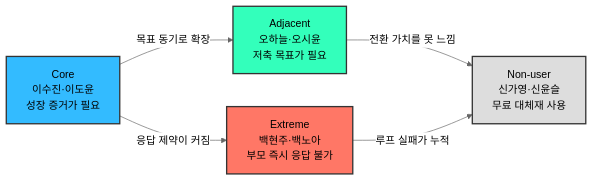
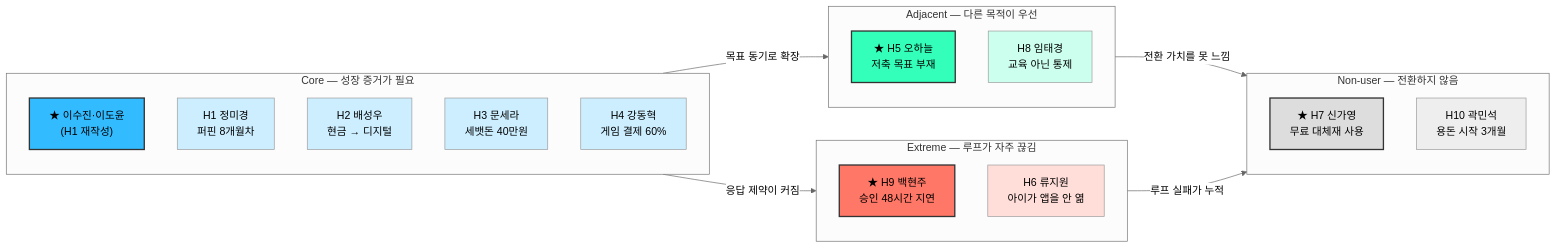
One commit to scene-one/team1_fin-friends changed the diagram in 공용공간/페르소나_스펙트럼_v1.md. Above: the diagram before and after it, drawn with Mermaid (neutral theme). The commit also changed other lines of this file, not shown here.

````diff
--- a/공용공간/페르소나_스펙트럼_v1.md
+++ b/공용공간/페르소나_스펙트럼_v1.md
@@ -182,17 +307,39 @@
 ```mermaid
 graph LR
-    A["Core<br/>이수진·이도윤<br/>성장 증거가 필요"]
-    B["Adjacent<br/>오하늘·오시윤<br/>저축 목표가 필요"]
-    C["Extreme<br/>백현주·백노아<br/>부모 즉시 응답 불가"]
-    D["Non-user<br/>신가영·신윤슬<br/>무료 대체재 사용"]
+    subgraph CORE["Core — 성장 증거가 필요"]
+        A["★ 이수진·이도윤<br/>(H1 재작성)"]
+        A1["H1 정미경<br/>퍼핀 8개월차"]
+        A2["H2 배성우<br/>현금 → 디지털"]
+        A3["H3 문세라<br/>세뱃돈 40만원"]
+        A4["H4 강동혁<br/>게임 결제 60%"]
+    end
+    subgraph ADJ["Adjacent — 다른 목적이 우선"]
+        B["★ H5 오하늘<br/>저축 목표 부재"]
+        B1["H8 임태경<br/>교육 아닌 통제"]
+    end
+    subgraph EXT["Extreme — 루프가 자주 끊김"]
+        C["★ H9 백현주<br/>승인 48시간 지연"]
+        C1["H6 류지원<br/>아이가 앱을 안 엶"]
+    end
+    subgraph NON["Non-user — 전환하지 않음"]
+        D["★ H7 신가영<br/>무료 대체재 사용"]
+        D1["H10 곽민석<br/>용돈 시작 3개월"]
+    end
 
-    A -->|"목표 동기로 확장"| B
-    A -->|"응답 제약이 커짐"| C
-    B -->|"전환 가치를 못 느낌"| D
-    C -->|"루프 실패가 누적"| D
+    CORE -->|"목표 동기로 확장"| ADJ
+    CORE -->|"응답 제약이 커짐"| EXT
+    ADJ -->|"전환 가치를 못 느낌"| NON
+    EXT -->|"루프 실패가 누적"| NON
 
     style A fill:#33BBFF,stroke:#333,stroke-width:2px
     style B fill:#33FFBB,stroke:#333,stroke-width:2px
     style C fill:#FF7766,stroke:#333,stroke-width:2px
     style D fill:#DDDDDD,stroke:#333,stroke-width:2px
+    style A1 fill:#CCEEFF,stroke:#999
+    style A2 fill:#CCEEFF,stroke:#999
+    style A3 fill:#CCEEFF,stroke:#999
+    style A4 fill:#CCEEFF,stroke:#999
+    style B1 fill:#CCFFEE,stroke:#999
+    style C1 fill:#FFDDD8,stroke:#999
+    style D1 fill:#EEEEEE,stroke:#999
 ```
````
